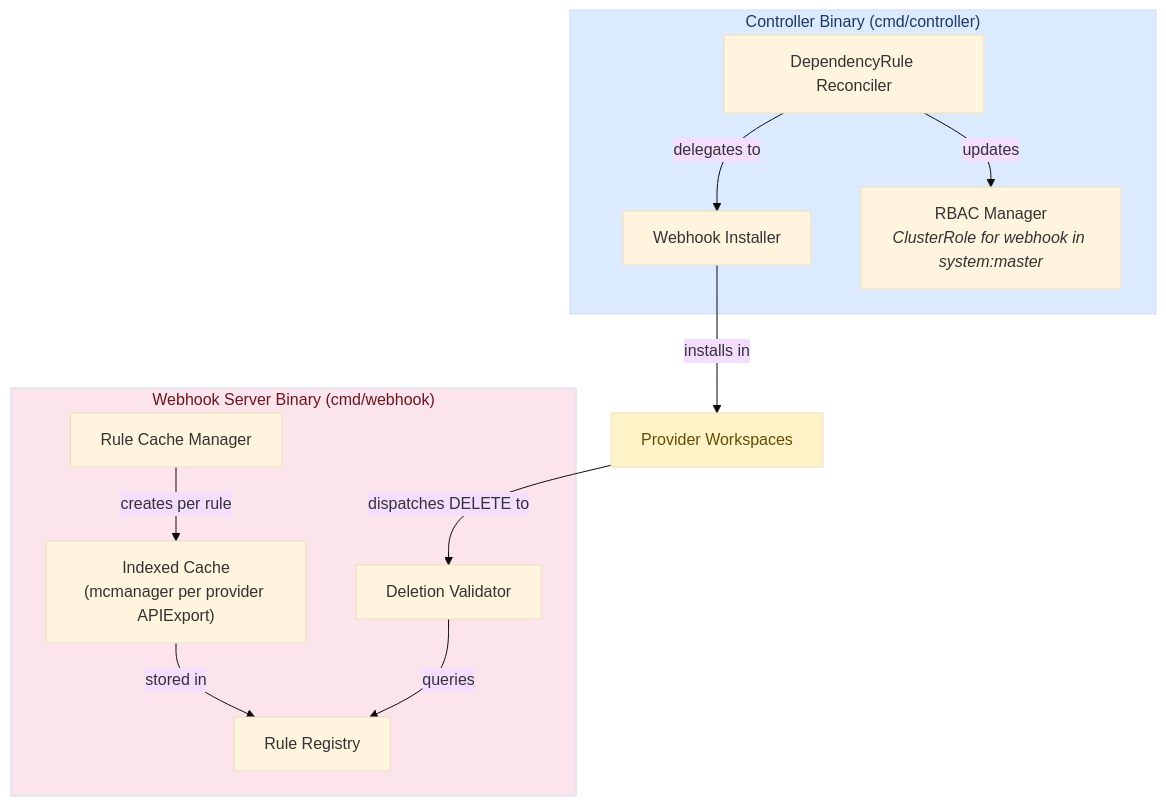
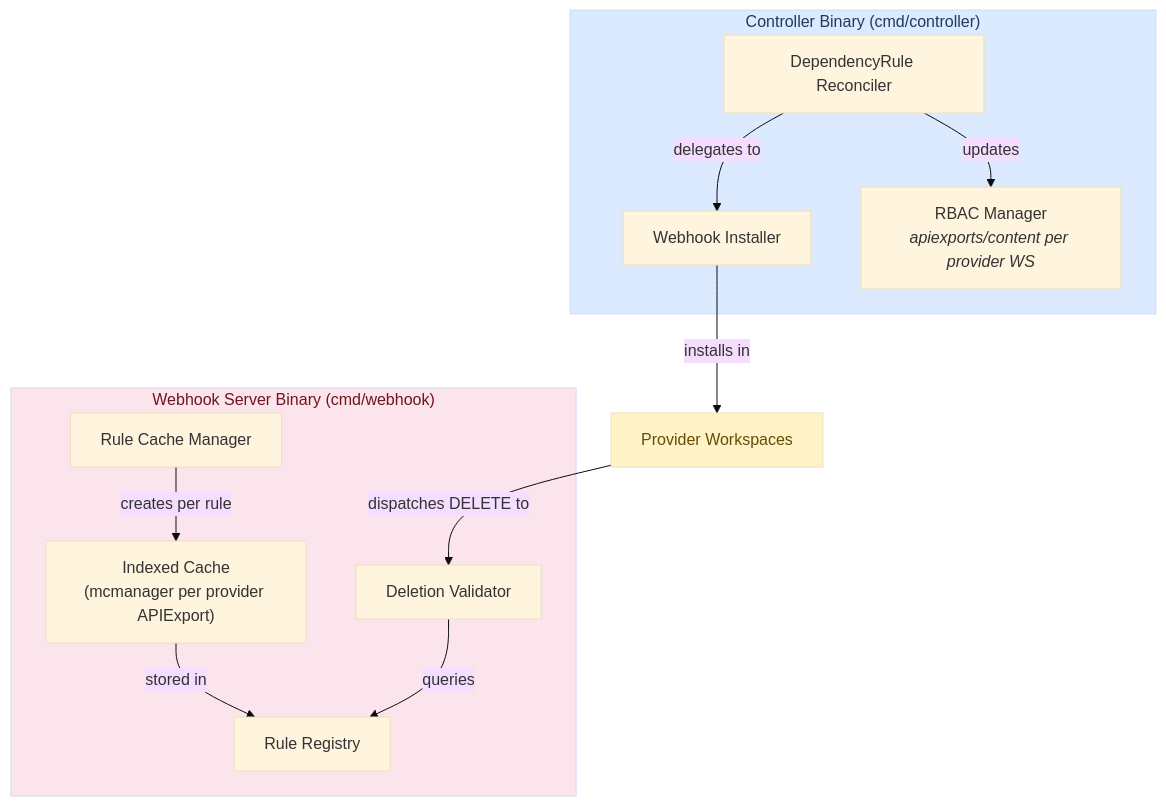
Before and after one commit to opendefensecloud/dependency-controller: the second of 2 diagrams in docs/architecture.md, drawn with Mermaid (base theme). The commit also changed other lines of this file and 3 other files, not shown here.

````diff
--- a/docs/architecture.md
+++ b/docs/architecture.md
@@ -79,23 +79,23 @@
 ```mermaid
 flowchart TD
     subgraph Controller["Controller Binary (cmd/controller)"]
         DR["DependencyRule Reconciler"]
         DR -->|delegates to| WI["Webhook Installer"]
-        DR -->|updates| RBAC["RBAC Manager<br/><i>ClusterRole for webhook in system:master</i>"]
+        DR -->|updates| RBAC["RBAC Manager<br/><i>apiexports/content per provider WS</i>"]
     end
 
     subgraph Webhook["Webhook Server Binary (cmd/webhook)"]
         RCM["Rule Cache Manager"]
         RCM -->|"creates per rule"| IC["Indexed Cache<br/>(mcmanager per provider APIExport)"]
         IC -->|"stored in"| RR["Rule Registry"]
         DV["Deletion Validator"]
         DV -->|"queries"| RR
     end
 
     WI -->|"installs in"| PW["Provider Workspaces"]
     PW -->|"dispatches DELETE to"| DV
 
     style Controller fill:#dbeafe,color:#1e3a5f
     style Webhook fill:#fce4ec,color:#6e1520
     style PW fill:#fef3c7,color:#664d03
 ```
````
